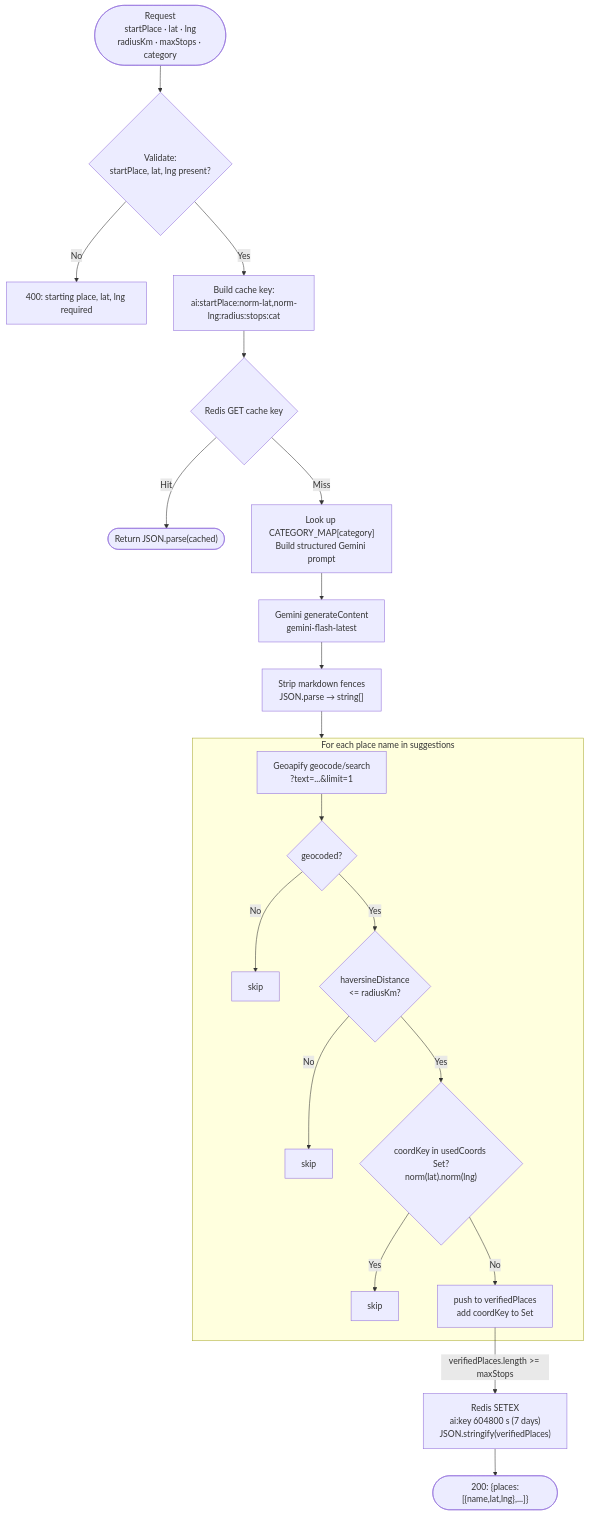
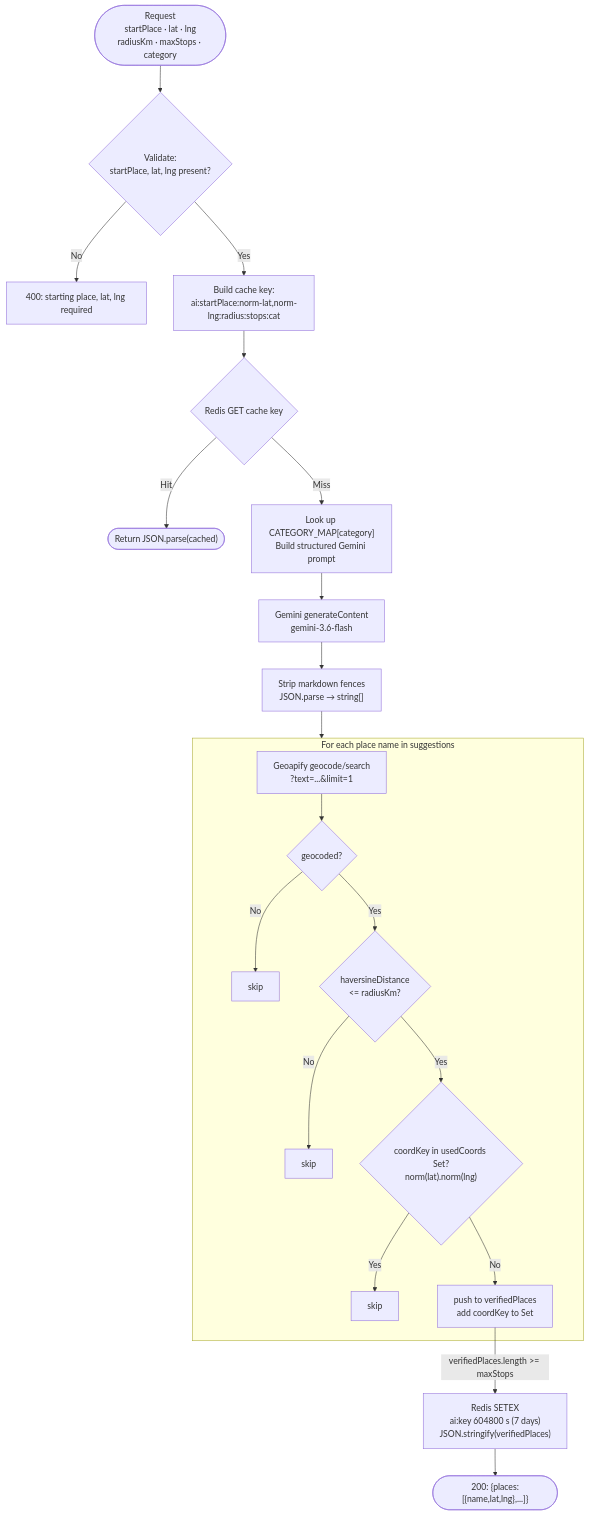
The fourth of 9 diagrams in README.md (georgejosephcodes/Loopless), drawn with Mermaid before and after one commit. The commit also changed other lines of this file and 74 other files, not shown here.

Commit message:
feat: polish auth UI and improve planner flow

````diff
--- a/README.md
+++ b/README.md
@@ -468,32 +529,32 @@
 ```mermaid
 flowchart TD
     REQ(["Request\nstartPlace · lat · lng\nradiusKm · maxStops · category"])
     VAL{"Validate:\nstartPlace, lat, lng present?"}
     REQ --> VAL
     VAL -->|No| E400["400: starting place, lat, lng required"]
 
     VAL -->|Yes| KEY["Build cache key:\nai:startPlace:norm-lat,norm-lng:radius:stops:cat"]
     KEY --> CHK{"Redis GET cache key"}
 
     CHK -->|Hit| RET(["Return JSON.parse(cached)"])
 
     CHK -->|Miss| PROMPT["Look up CATEGORY_MAP[category]\nBuild structured Gemini prompt"]
-    PROMPT --> GEM["Gemini generateContent\ngemini-flash-latest"]
+    PROMPT --> GEM["Gemini generateContent\ngemini-3.6-flash"]
     GEM --> PARSE["Strip markdown fences\nJSON.parse → string[]"]
     PARSE --> LOOP
 
     subgraph LOOP["For each place name in suggestions"]
         G1["Geoapify geocode/search\n?text=...&limit=1"]
         G1 --> NF{"geocoded?"}
         NF -->|No| SKIP1["skip"]
         NF -->|Yes| RAD{"haversineDistance\n<= radiusKm?"}
         RAD -->|No| SKIP2["skip"]
         RAD -->|Yes| DUP{"coordKey in usedCoords Set?\nnorm(lat).norm(lng)"}
         DUP -->|Yes| SKIP3["skip"]
         DUP -->|No| ADD["push to verifiedPlaces\nadd coordKey to Set"]
     end
 
     ADD -->|"verifiedPlaces.length >= maxStops"| STORE
     STORE["Redis SETEX\nai:key 604800 s (7 days)\nJSON.stringify(verifiedPlaces)"]
     STORE --> RESP(["200: {places:[{name,lat,lng},...]}"])
 ```
````
